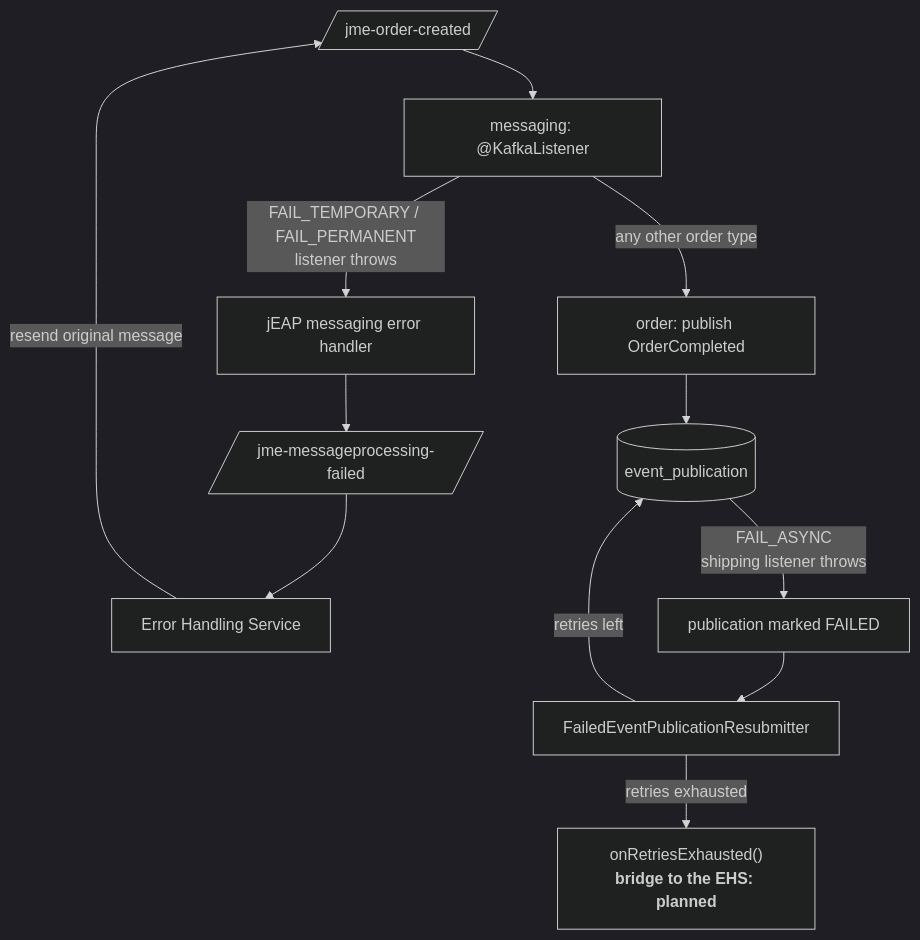
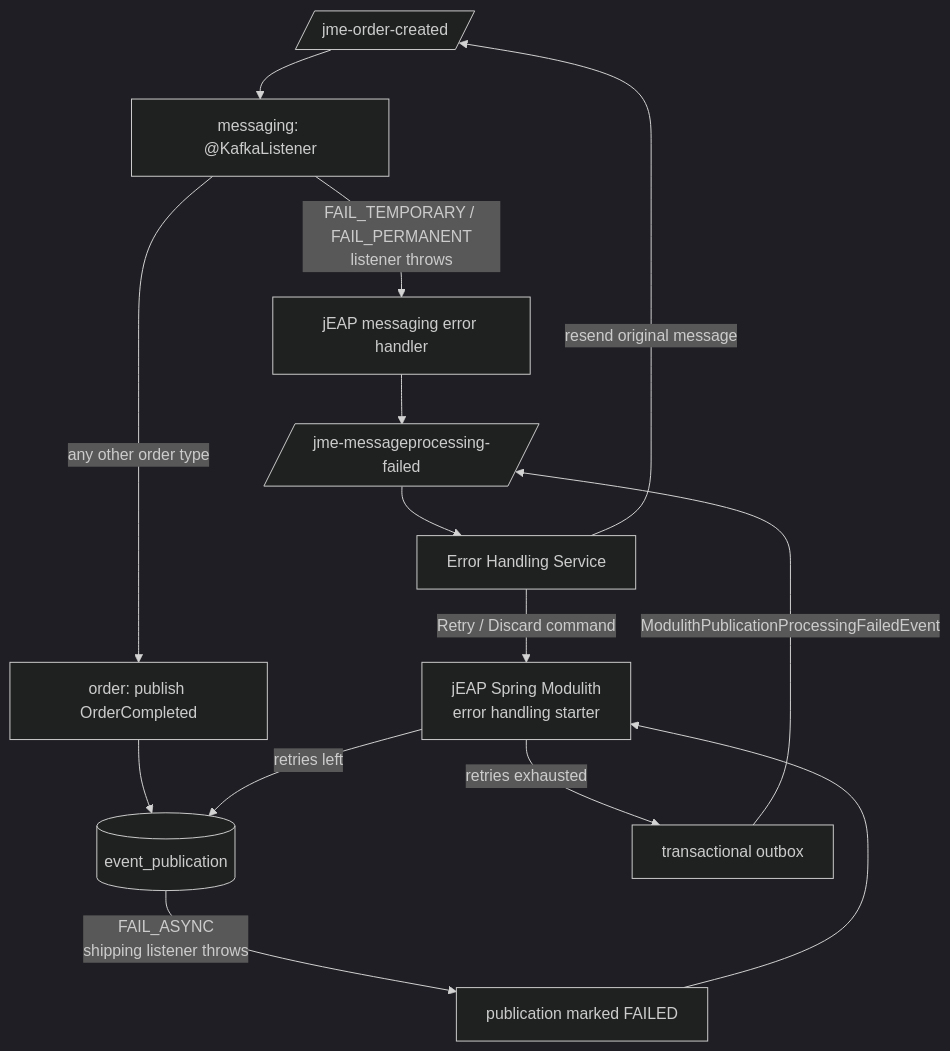
Before and after one commit to jme-admin-ch/jme-spring-modulith-example: the fourth of 5 diagrams in docs/architecture.md, drawn with Mermaid (dark theme). The commit also changed other lines of this file and 21 other files, not shown here.

Commit message:
JEAP-7447 Integrate Modulith error handling example

````diff
--- a/docs/architecture.md
+++ b/docs/architecture.md
@@ -139,16 +139,18 @@
 ```mermaid
 flowchart TB
     K[/"jme-order-created"/] --> C["messaging: @KafkaListener"]
 
     C -->|" FAIL_TEMPORARY / FAIL_PERMANENT<br/>listener throws "| EH["jEAP messaging error handler"]
     EH --> ET[/"jme-messageprocessing-failed"/]
     ET --> EHS["Error Handling Service"]
     EHS -->|" resend original message "| K
 
     C -->|" any other order type "| ORD["order: publish OrderCompleted"]
     ORD --> REG[("event_publication")]
     REG -->|" FAIL_ASYNC<br/>shipping listener throws "| F["publication marked FAILED"]
-    F --> RS["FailedEventPublicationResubmitter"]
-    RS -->|" retries left "| REG
-    RS -->|" retries exhausted "| X["onRetriesExhausted()<br/><b>bridge to the EHS: planned</b>"]
+    F --> STARTER["jEAP Spring Modulith<br/>error handling starter"]
+    STARTER -->|" retries left "| REG
+    STARTER -->|" retries exhausted "| OUTBOX["transactional outbox"]
+    OUTBOX -->|" ModulithPublicationProcessingFailedEvent "| ET
+    EHS -->|" Retry / Discard command "| STARTER
 ```
````
